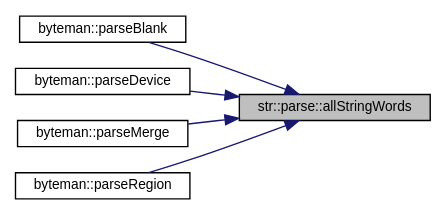
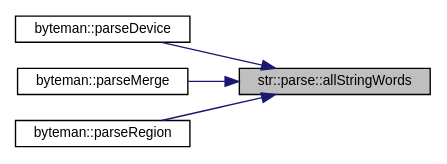
Before and after one commit to FPGA-Research-Manchester/byteman: the diagram in namespacestr_1_1parse_a0b2fd42b74ce3f482b4f1ece5f24881e_icgraph.dot, drawn with Graphviz. The commit also changed 761 other files, not shown here.

```diff
--- a/namespacestr_1_1parse_a0b2fd42b74ce3f482b4f1ece5f24881e_icgraph.dot
+++ b/namespacestr_1_1parse_a0b2fd42b74ce3f482b4f1ece5f24881e_icgraph.dot
@@ -1,17 +1,15 @@
 digraph "str::parse::allStringWords"
 {
  // INTERACTIVE_SVG=YES
  // LATEX_PDF_SIZE
   edge [fontname="Helvetica",fontsize="10",labelfontname="Helvetica",labelfontsize="10"];
   node [fontname="Helvetica",fontsize="10",shape=record];
   rankdir="RL";
   Node1 [label="str::parse::allStringWords",height=0.2,width=0.4,color="black", fillcolor="grey75", style="filled", fontcolor="black",tooltip="Parses a string s, removes all integers and returns the rest."];
   Node1 -> Node2 [dir="back",color="midnightblue",fontsize="10",style="solid",fontname="Helvetica"];
-  Node2 [label="byteman::parseBlank",height=0.2,width=0.4,color="black", fillcolor="white", style="filled",URL="$classbyteman.html#afb42b36016cdfadc1ef23800d674f9c0",tooltip=" "];
+  Node2 [label="byteman::parseDevice",height=0.2,width=0.4,color="black", fillcolor="white", style="filled",URL="$classbyteman.html#ae08e2c9557d8266f20780e1c14cf9f45",tooltip=" "];
   Node1 -> Node3 [dir="back",color="midnightblue",fontsize="10",style="solid",fontname="Helvetica"];
-  Node3 [label="byteman::parseDevice",height=0.2,width=0.4,color="black", fillcolor="white", style="filled",URL="$classbyteman.html#ae08e2c9557d8266f20780e1c14cf9f45",tooltip=" "];
+  Node3 [label="byteman::parseMerge",height=0.2,width=0.4,color="black", fillcolor="white", style="filled",URL="$classbyteman.html#a012f7c0279dac10df52f2e7927a8bfef",tooltip=" "];
   Node1 -> Node4 [dir="back",color="midnightblue",fontsize="10",style="solid",fontname="Helvetica"];
-  Node4 [label="byteman::parseMerge",height=0.2,width=0.4,color="black", fillcolor="white", style="filled",URL="$classbyteman.html#a012f7c0279dac10df52f2e7927a8bfef",tooltip=" "];
-  Node1 -> Node5 [dir="back",color="midnightblue",fontsize="10",style="solid",fontname="Helvetica"];
-  Node5 [label="byteman::parseRegion",height=0.2,width=0.4,color="black", fillcolor="white", style="filled",URL="$classbyteman.html#a1455d24c97a2b5c3564201dd76df5286",tooltip=" "];
+  Node4 [label="byteman::parseRegion",height=0.2,width=0.4,color="black", fillcolor="white", style="filled",URL="$classbyteman.html#a1455d24c97a2b5c3564201dd76df5286",tooltip=" "];
 }
```
